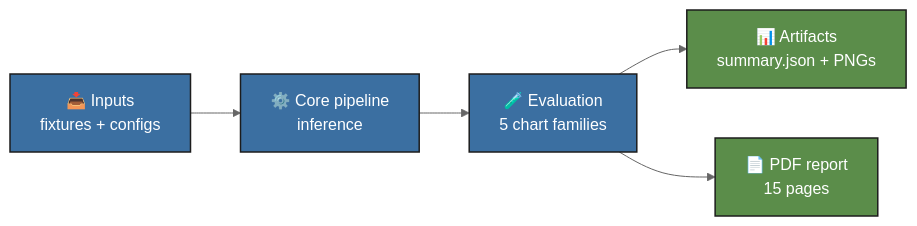
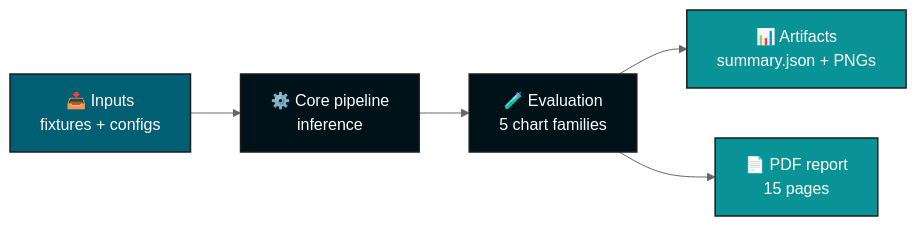
Before and after one commit to Akshitha024/inference-batcher: the second of 4 diagrams in README.md, drawn with Mermaid (neutral theme). The commit also changed other lines of this file and 7 other files, not shown here.

````diff
--- a/README.md
+++ b/README.md
@@ -117,10 +129,10 @@
 ```mermaid
 flowchart LR
-    classDef io fill:#3b6fa1,stroke:#1c1c1c,stroke-width:1.5px,color:#fff
-    classDef proc fill:#3b6fa1,stroke:#1c1c1c,stroke-width:1.5px,color:#fff
-    classDef out fill:#5b8d4a,stroke:#1c1c1c,stroke-width:1.5px,color:#fff
+    classDef io fill:#005F73,stroke:#1c1c1c,stroke-width:1.5px,color:#fff
+    classDef proc fill:#001219,stroke:#1c1c1c,stroke-width:1.5px,color:#fff
+    classDef out fill:#0A9396,stroke:#1c1c1c,stroke-width:1.5px,color:#fff
     A["📥 Inputs<br/>fixtures + configs"]:::io --> B["⚙️ Core pipeline<br/>inference"]:::proc
     B --> C["🧪 Evaluation<br/>5 chart families"]:::proc
     C --> D["📊 Artifacts<br/>summary.json + PNGs"]:::out
     C --> E["📄 PDF report<br/>15 pages"]:::out
 ```
````
